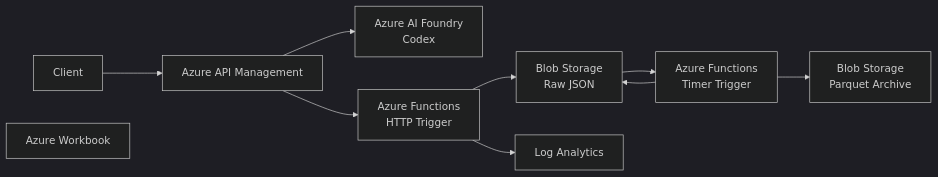
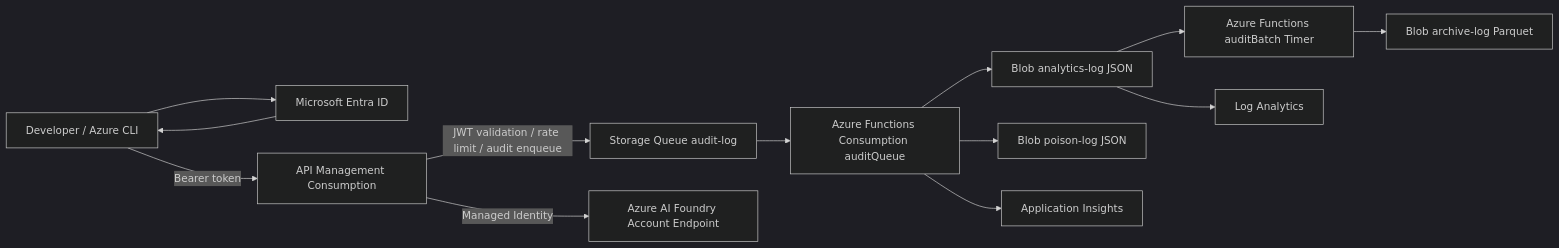
The diagram in README.md (75-8/FoundryAPI-use-insideCorp), drawn with Mermaid (dark theme) before and after one commit. The commit also changed other lines of this file and 14 other files, not shown here.

Commit message:
Implement Foundry Codex audit infrastructure

````diff
--- a/README.md
+++ b/README.md
@@ -13,37 +9,15 @@
 ```mermaid
 flowchart LR
-
-Client["Client"]
-
-APIM["Azure API Management"]
-
-Foundry["Azure AI Foundry<br/>Codex"]
-
-FuncHttp["Azure Functions<br/>HTTP Trigger"]
-
-BlobHot["Blob Storage<br/>Raw JSON"]
-
-FuncTimer["Azure Functions<br/>Timer Trigger"]
-
-BlobArchive["Blob Storage<br/>Parquet Archive"]
-
-LogAnalytics["Log Analytics"]
-
-Workbook["Azure Workbook"]
-
-Client --> APIM
-
-APIM --> Foundry
-
-APIM --> FuncHttp
-
-FuncHttp --> BlobHot
-
-FuncHttp --> LogAnalytics
-
-FuncTimer --> BlobHot
-
-BlobHot --> FuncTimer
-
-FuncTimer --> BlobArchive
+  Dev[Developer / Azure CLI] --> Entra[Microsoft Entra ID]
+  Entra --> Dev
+  Dev -->|Bearer token| APIM[API Management Consumption]
+  APIM -->|JWT validation / rate limit / audit enqueue| Queue[Storage Queue audit-log]
+  APIM -->|Managed Identity| Foundry[Azure AI Foundry Account Endpoint]
+  Queue --> FuncQueue[Azure Functions Consumption auditQueue]
+  FuncQueue --> Analytics[Blob analytics-log JSON]
+  FuncQueue --> Poison[Blob poison-log JSON]
+  Analytics --> FuncTimer[Azure Functions auditBatch Timer]
+  FuncTimer --> Archive[Blob archive-log Parquet]
+  Analytics --> LAW[Log Analytics]
+  FuncQueue --> Appi[Application Insights]
 ```
````
